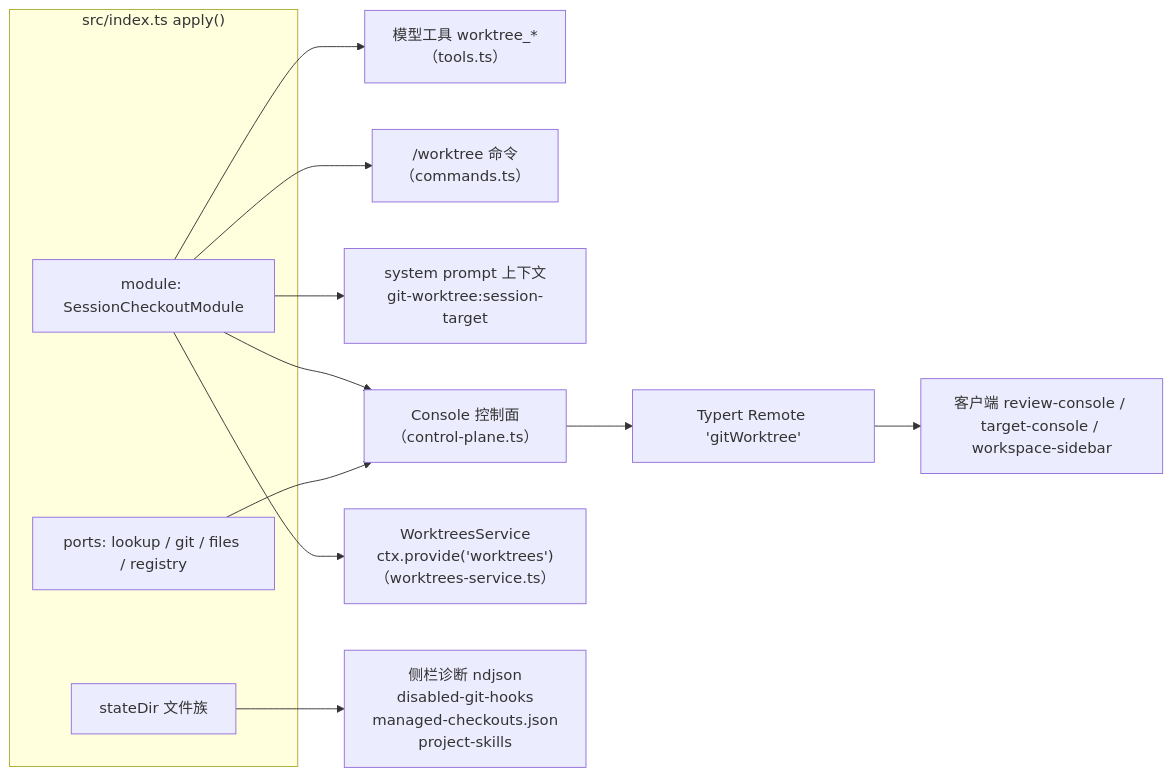
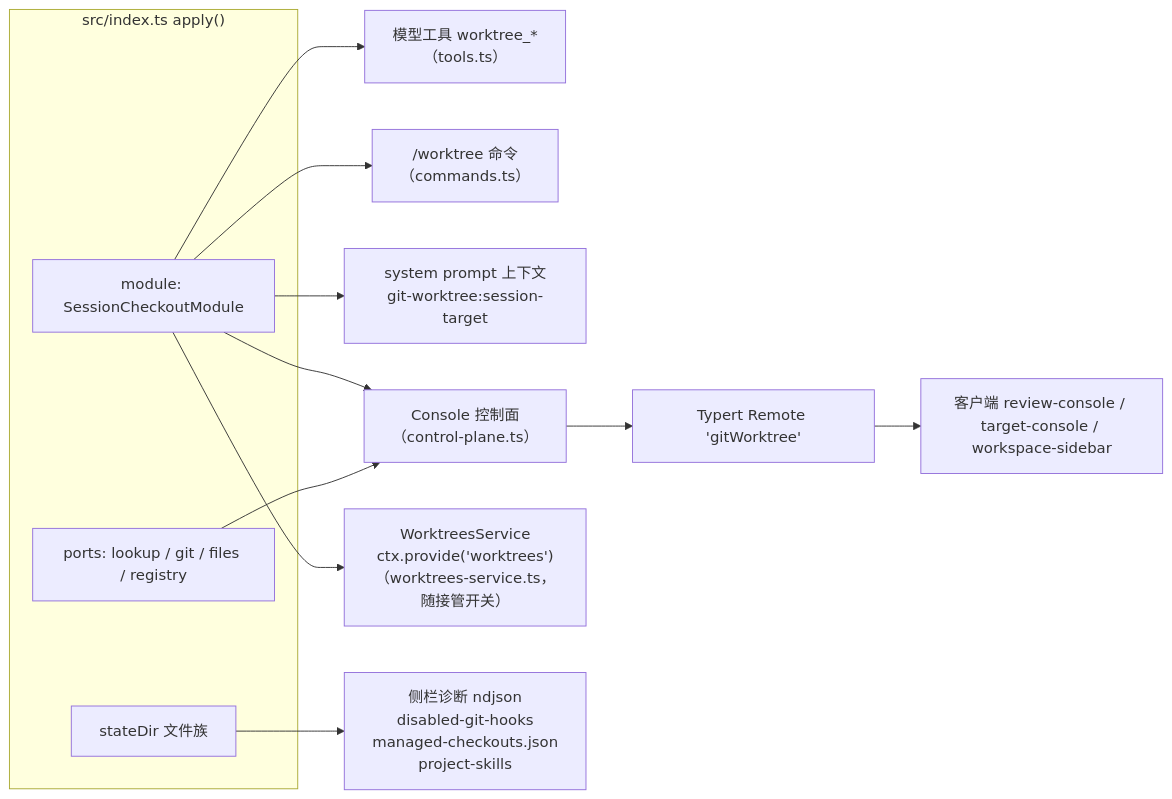
Before and after one commit to ikliml666/dsh-git-workspace: the seventh of 7 diagrams in .codewiki/modules/src-index-ts.md, drawn with Mermaid. The commit also changed other lines of this file and 55 other files, not shown here.

````diff
--- a/.codewiki/modules/src-index-ts.md
+++ b/.codewiki/modules/src-index-ts.md
@@ -426,19 +426,19 @@
 ```mermaid
 flowchart LR
     subgraph PRODUCER["src/index.ts apply()"]
         M1["module: SessionCheckoutModule"]
         P1["ports: lookup / git / files / registry"]
         S1["stateDir 文件族"]
     end
 
     M1 --> T1["模型工具 worktree_*<br/>（tools.ts）"]
     M1 --> T2["/worktree 命令<br/>（commands.ts）"]
     M1 --> T3["system prompt 上下文<br/>git-worktree:session-target"]
     M1 --> T4["Console 控制面<br/>（control-plane.ts）"]
-    M1 --> T6["WorktreesService<br/>ctx.provide('worktrees')（worktrees-service.ts）"]
+    M1 --> T6["WorktreesService<br/>ctx.provide('worktrees')（worktrees-service.ts，随接管开关）"]
     P1 --> T4
     S1 --> T5["侧栏诊断 ndjson<br/>disabled-git-hooks<br/>managed-checkouts.json<br/>project-skills"]
 
     T4 --> RPC["Typert Remote 'gitWorktree'"]
     RPC --> CL["客户端 review-console / target-console / workspace-sidebar"]
 ```
````
